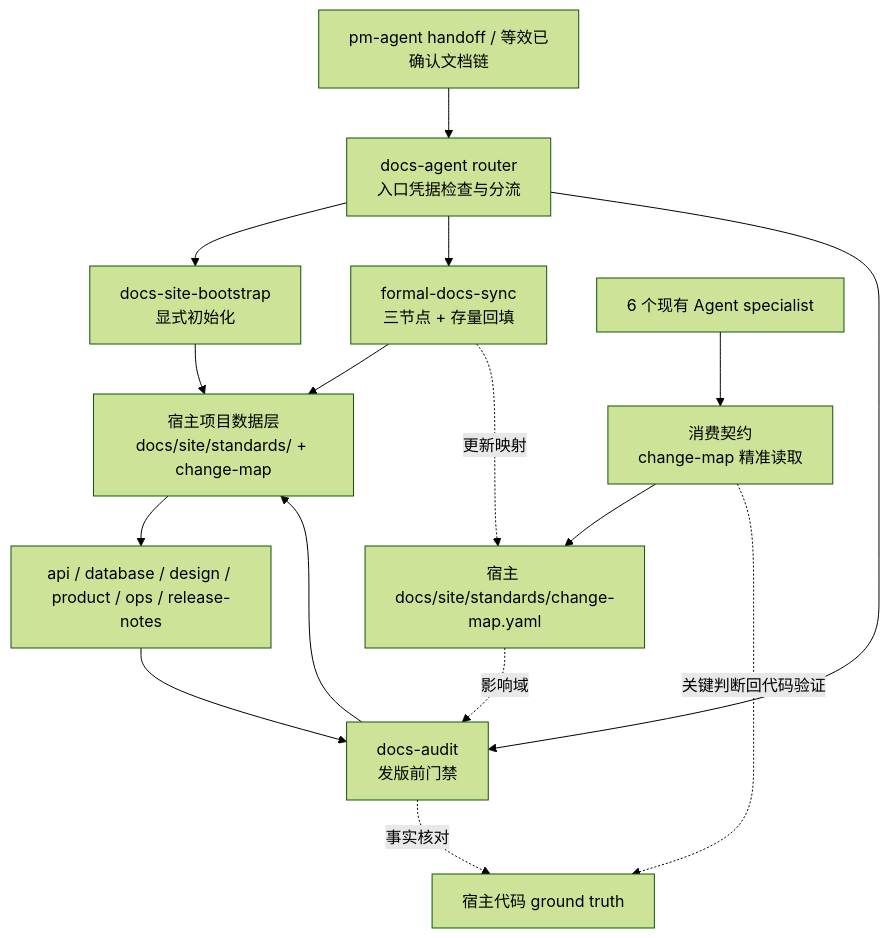
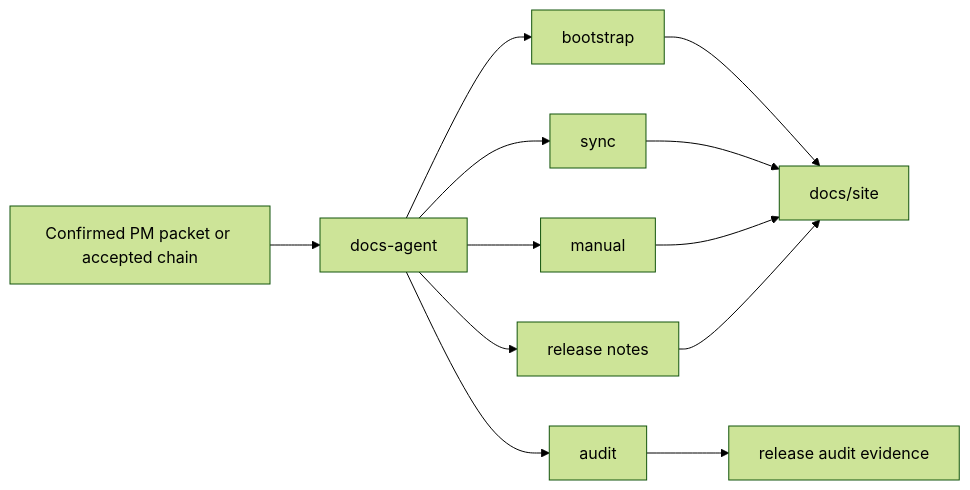
Before and after one commit to Neplich/dev-agent-skills: the diagram in docs/engineer/agents/docs-agent/TRD.md, drawn with Mermaid (forest theme). The commit also changed other lines of this file and 442 other files, not shown here.

````diff
--- a/docs/engineer/agents/docs-agent/TRD.md
+++ b/docs/engineer/agents/docs-agent/TRD.md
@@ -88,20 +64,14 @@
 ```mermaid
-flowchart TB
-    PM["pm-agent handoff / 等效已确认文档链"] --> R["docs-agent router<br/>入口凭据检查与分流"]
-    R --> B["docs-site-bootstrap<br/>显式初始化"]
-    R --> S["formal-docs-sync<br/>三节点 + 存量回填"]
-    R --> A["docs-audit<br/>发版前门禁"]
-
-    C["6 个现有 Agent specialist"] --> CC["消费契约<br/>change-map 精准读取"]
-    CC --> CM["宿主 docs/site/standards/change-map.yaml"]
-
-    B --> DL["宿主项目数据层<br/>docs/site/standards/ + change-map"]
-    S --> DL
-    A --> DL
-    DL --> FS["api / database / design / product / ops / release-notes"]
-    FS --> A
-    S -. "更新映射" .-> CM
-    CM -. "影响域" .-> A
-    CC -. "关键判断回代码验证" .-> CODE["宿主代码 ground truth"]
-    A -. "事实核对" .-> CODE
+flowchart LR
+    PM["Confirmed PM packet or accepted chain"] --> Router["docs-agent"]
+    Router --> B["bootstrap"]
+    Router --> S["sync"]
+    Router --> M["manual"]
+    Router --> R["release notes"]
+    Router --> A["audit"]
+    B --> Site["docs/site"]
+    S --> Site
+    M --> Site
+    R --> Site
+    A --> Evidence["release audit evidence"]
 ```
````
